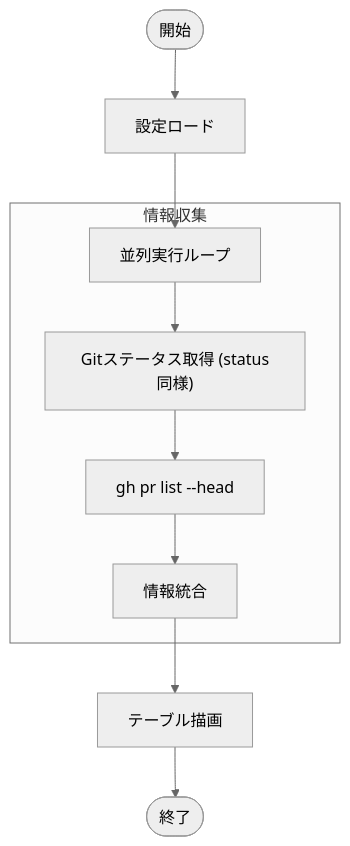
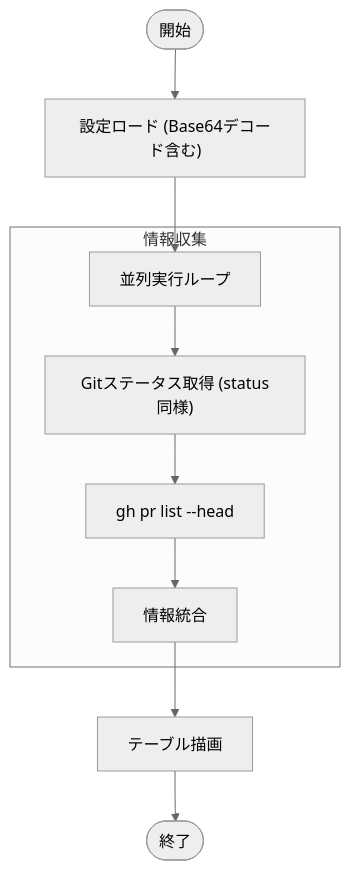
The diagram in docs/internal/app/pr_status.md (keiji/mistletoe), drawn with Mermaid (neutral theme) before and after one commit. The commit also changed 6 other files, not shown here.

First line of the commit message:
Update Mermaid diagrams to show Base64 decoding step

````diff
--- a/docs/internal/app/pr_status.md
+++ b/docs/internal/app/pr_status.md
@@ -41,14 +41,14 @@
 ```mermaid
 flowchart TD
-    Start(["開始"]) --> LoadConfig["設定ロード"]
+    Start(["開始"]) --> LoadConfig["設定ロード (Base64デコード含む)"]
     LoadConfig --> ExecLoop["並列実行ループ"]
 
     subgraph "情報収集"
         ExecLoop --> GitStatus["Gitステータス取得 (status同様)"]
         GitStatus --> GHList["gh pr list --head <current-branch>"]
         GHList --> Combine["情報統合"]
     end
 
     Combine --> RenderTable["テーブル描画"]
     RenderTable --> Stop(["終了"])
 ```
````
